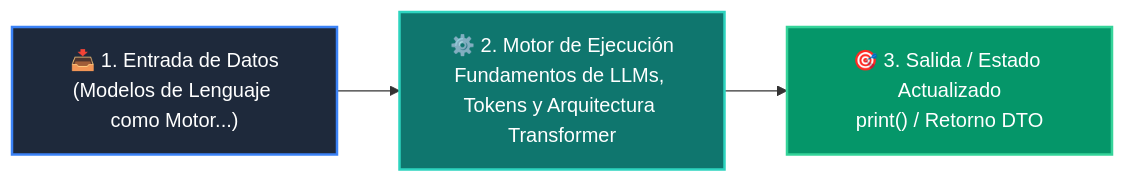
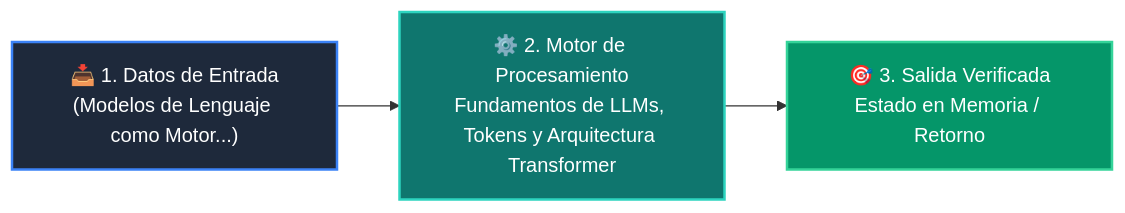
Before and after one commit to wisrovi/wisrovi-python: the diagram in 03-agentes-ia/clase-01-fundamentos-llm-tokenizacion/README.md, drawn with Mermaid. The commit also changed other lines of this file and 226 other files, not shown here.

Commit message:
docs: elevate all repository READMEs to world-class mastery standard with rich pedagogical architecture, custom Mermaids, and professional styling

````diff
--- a/03-agentes-ia/clase-01-fundamentos-llm-tokenizacion/README.md
+++ b/03-agentes-ia/clase-01-fundamentos-llm-tokenizacion/README.md
@@ -12,9 +26,9 @@
 ```mermaid
 flowchart LR
-    A["📥 1. Entrada de Datos<br/>(Modelos de Lenguaje como Motor...)"] --> B["⚙️ 2. Motor de Ejecución<br/>Fundamentos de LLMs, Tokens y Arquitectura Transformer"]
-    B --> C["🎯 3. Salida / Estado Actualizado<br/>print() / Retorno DTO"]
+    IN["📥 1. Datos de Entrada<br/>(Modelos de Lenguaje como Motor...)"] --> ENG["⚙️ 2. Motor de Procesamiento<br/>Fundamentos de LLMs, Tokens y Arquitectura Transformer"]
+    ENG --> OUT["🎯 3. Salida Verificada<br/>Estado en Memoria / Retorno"]
 
-    style A fill:#1e293b,color:#ffffff,stroke:#3b82f6,stroke-width:2px
-    style B fill:#0f766e,color:#ffffff,stroke:#2dd4bf,stroke-width:2px
-    style C fill:#059669,color:#ffffff,stroke:#34d399,stroke-width:2px
+    style IN fill:#1e293b,color:#ffffff,stroke:#3b82f6,stroke-width:2px
+    style ENG fill:#0f766e,color:#ffffff,stroke:#2dd4bf,stroke-width:2px
+    style OUT fill:#059669,color:#ffffff,stroke:#34d399,stroke-width:2px
 ```
````
